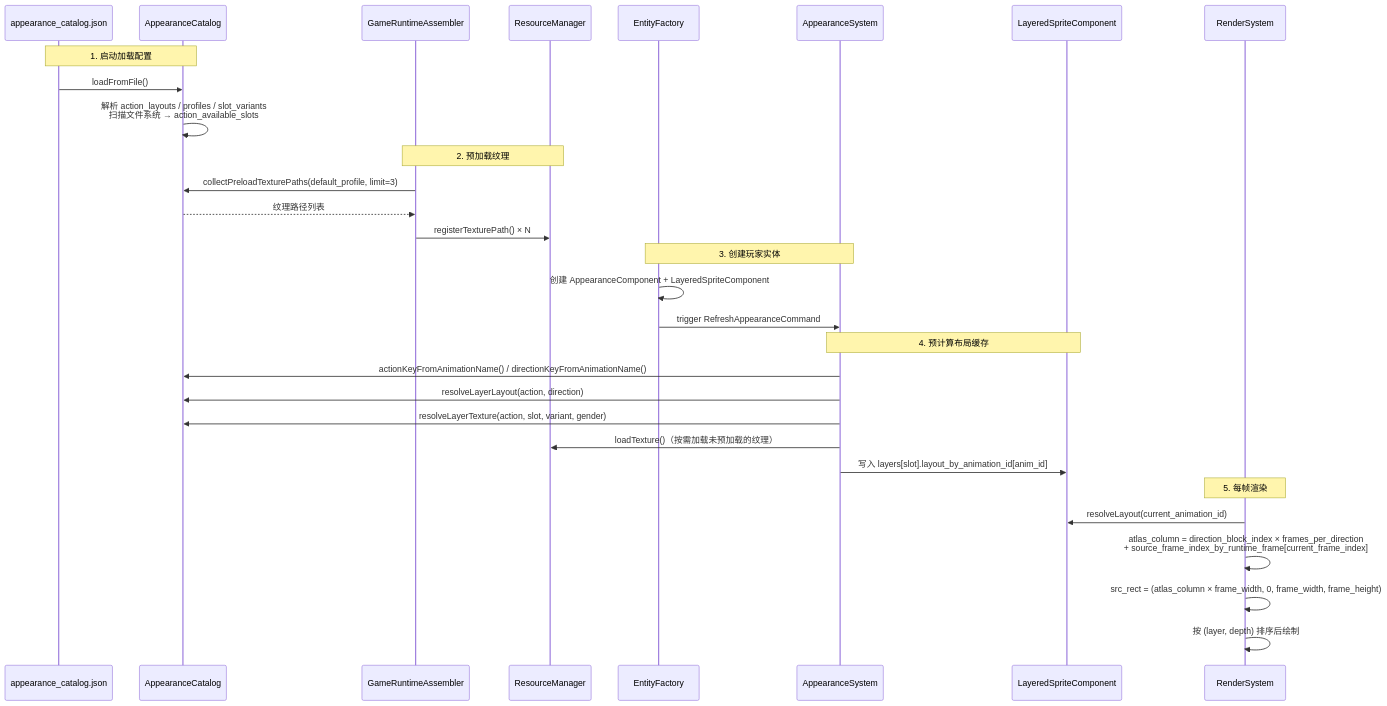
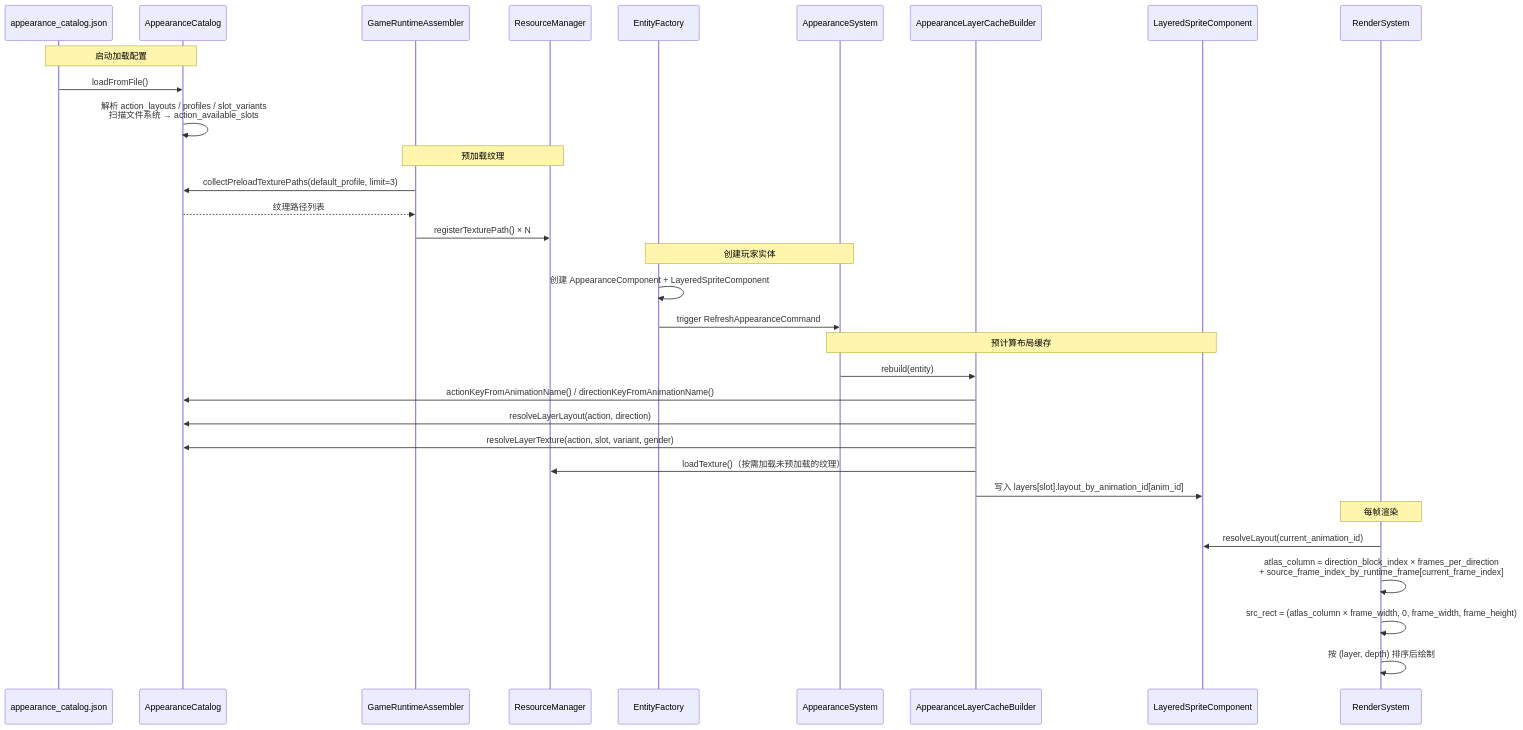
The second of 7 diagrams in docs/gameplay/layered-appearance.md (WispSnow/TinyFarmRPG), drawn with Mermaid before and after one commit. The commit also changed other lines of this file and 17 other files, not shown here.

````diff
--- a/docs/gameplay/layered-appearance.md
+++ b/docs/gameplay/layered-appearance.md
@@ -64,37 +69,39 @@
 ```mermaid
 sequenceDiagram
     participant JSON as appearance_catalog.json
     participant CAT as AppearanceCatalog
     participant GRA as GameRuntimeAssembler
     participant RM as ResourceManager
     participant EF as EntityFactory
     participant AS as AppearanceSystem
+    participant ALC as AppearanceLayerCacheBuilder
     participant LSC as LayeredSpriteComponent
     participant RS as RenderSystem
 
-    Note over JSON,CAT: 1. 启动加载配置
+    Note over JSON,CAT: 启动加载配置
     JSON->>CAT: loadFromFile()
     CAT->>CAT: 解析 action_layouts / profiles / slot_variants<br/>扫描文件系统 → action_available_slots
 
-    Note over GRA,RM: 2. 预加载纹理
+    Note over GRA,RM: 预加载纹理
     GRA->>CAT: collectPreloadTexturePaths(default_profile, limit=3)
     CAT-->>GRA: 纹理路径列表
     GRA->>RM: registerTexturePath() × N
 
-    Note over EF,AS: 3. 创建玩家实体
+    Note over EF,AS: 创建玩家实体
     EF->>EF: 创建 AppearanceComponent + LayeredSpriteComponent
     EF->>AS: trigger RefreshAppearanceCommand
 
-    Note over AS,LSC: 4. 预计算布局缓存
-    AS->>CAT: actionKeyFromAnimationName() / directionKeyFromAnimationName()
-    AS->>CAT: resolveLayerLayout(action, direction)
-    AS->>CAT: resolveLayerTexture(action, slot, variant, gender)
-    AS->>RM: loadTexture()（按需加载未预加载的纹理）
-    AS->>LSC: 写入 layers[slot].layout_by_animation_id[anim_id]
+    Note over AS,LSC: 预计算布局缓存
+    AS->>ALC: rebuild(entity)
+    ALC->>CAT: actionKeyFromAnimationName() / directionKeyFromAnimationName()
+    ALC->>CAT: resolveLayerLayout(action, direction)
+    ALC->>CAT: resolveLayerTexture(action, slot, variant, gender)
+    ALC->>RM: loadTexture()（按需加载未预加载的纹理）
+    ALC->>LSC: 写入 layers[slot].layout_by_animation_id[anim_id]
 
-    Note over RS: 5. 每帧渲染
+    Note over RS: 每帧渲染
     RS->>LSC: resolveLayout(current_animation_id)
     RS->>RS: atlas_column = direction_block_index × frames_per_direction<br/>+ source_frame_index_by_runtime_frame[current_frame_index]
     RS->>RS: src_rect = (atlas_column × frame_width, 0, frame_width, frame_height)
     RS->>RS: 按 (layer, depth) 排序后绘制
 ```
````
